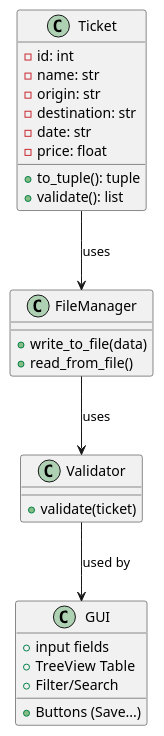
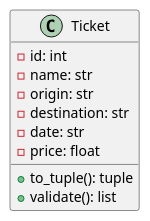
The diagram in docs/ticket_diagram.puml (R-Nademi/ticket-system), drawn with PlantUML before and after one commit. The commit also changed 4 other files, not shown here.

```diff
--- a/docs/ticket_diagram.puml
+++ b/docs/ticket_diagram.puml
@@ -1,34 +1,14 @@
 @startuml
 
 class Ticket {
   - id: int
   - name: str
   - origin: str
   - destination: str
   - date: str
   - price: float
   + to_tuple(): tuple
   + validate(): list
 }
 
-class FileManager {
-  + write_to_file(data)
-  + read_from_file()
-}
-
-class Validator {
-  + validate(ticket)
-}
-
-class GUI {
-  + input fields
-  + TreeView Table
-  + Buttons (Save...)
-  + Filter/Search
-}
-
-Ticket --> FileManager : uses
-FileManager --> Validator : uses
-Validator --> GUI : used by
-
 @enduml
```
